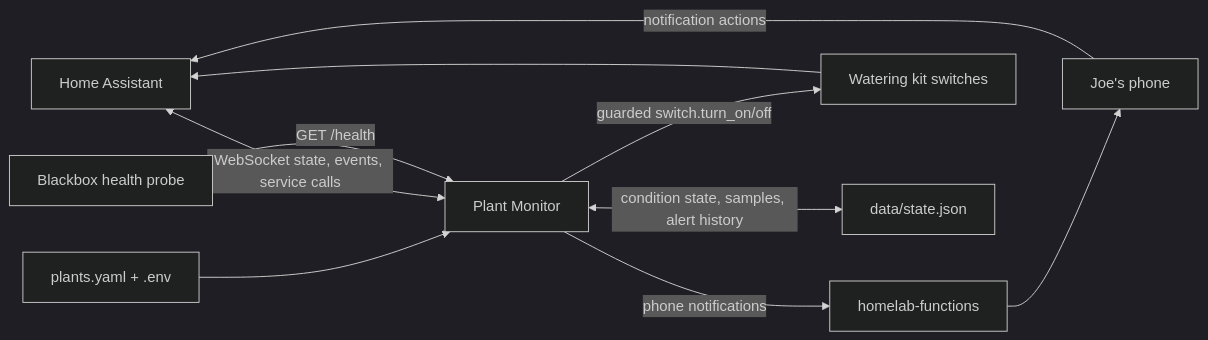
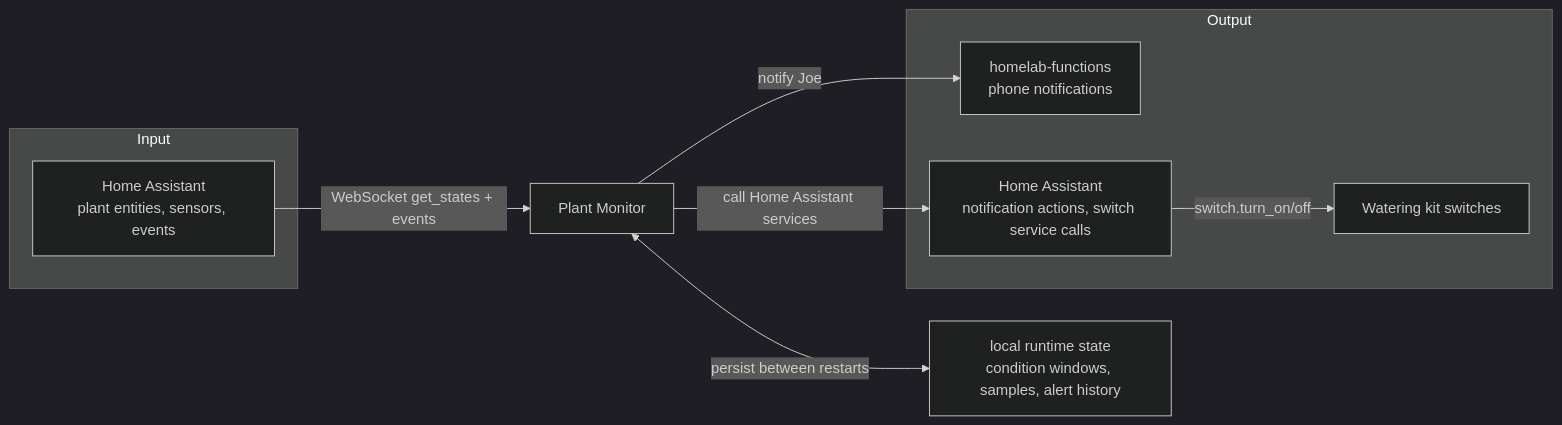
The first of 2 diagrams in docs/architecture.md (feocco/plant-monitor), drawn with Mermaid (dark theme) before and after one commit. The commit also changed other lines of this file, not shown here.

Commit message:
Simplify architecture context diagram

````diff
--- a/docs/architecture.md
+++ b/docs/architecture.md
@@ -7,21 +7,22 @@
 ```mermaid
 flowchart LR
-    HA["Home Assistant"]
+    subgraph Input["Input"]
+        HAIn["Home Assistant<br/>plant entities, sensors, events"]
+    end
+
     PM["Plant Monitor"]
-    HF["homelab-functions"]
-    Phone["Joe's phone"]
-    Pump["Watering kit switches"]
-    State["data/state.json"]
-    Config["plants.yaml + .env"]
-    Probe["Blackbox health probe"]
 
-    Config --> PM
-    HA <-->|"WebSocket state, events, service calls"| PM
-    PM -->|"phone notifications"| HF
-    HF --> Phone
-    Phone -->|"notification actions"| HA
-    PM -->|"guarded switch.turn_on/off"| Pump
-    Pump --> HA
-    PM <-->|"condition state, samples, alert history"| State
-    Probe -->|"GET /health"| PM
+    subgraph Output["Output"]
+        HF["homelab-functions<br/>phone notifications"]
+        HAOut["Home Assistant<br/>notification actions, switch service calls"]
+        Pump["Watering kit switches"]
+    end
+
+    RuntimeState["local runtime state<br/>condition windows, samples, alert history"]
+
+    HAIn -->|"WebSocket get_states + events"| PM
+    PM -->|"notify Joe"| HF
+    PM -->|"call Home Assistant services"| HAOut
+    HAOut -->|"switch.turn_on/off"| Pump
+    PM <-->|"persist between restarts"| RuntimeState
 ```
````
